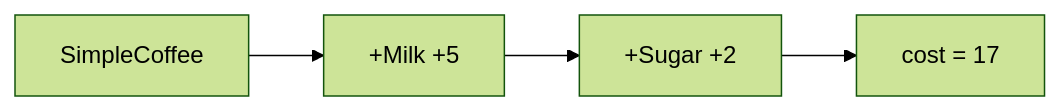
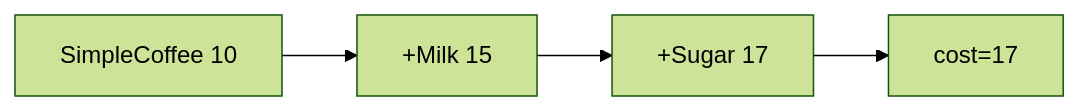
One commit to tghrxxxyyy/knowledge-base changed the second of 2 diagrams in 设计模式/结构型/装饰器模式.md. Above: the diagram before and after it, drawn with Mermaid (forest theme). The commit also changed other lines of this file and 101 other files, not shown here.

````diff
--- a/设计模式/结构型/装饰器模式.md
+++ b/设计模式/结构型/装饰器模式.md
@@ -53,4 +63,4 @@
 ```mermaid
 graph LR
-    A[SimpleCoffee] --> B[+Milk +5] --> C[+Sugar +2] --> D[cost = 17]
+    A[SimpleCoffee 10] --> B[+Milk 15] --> C[+Sugar 17] --> D[cost=17]
 ```
````
